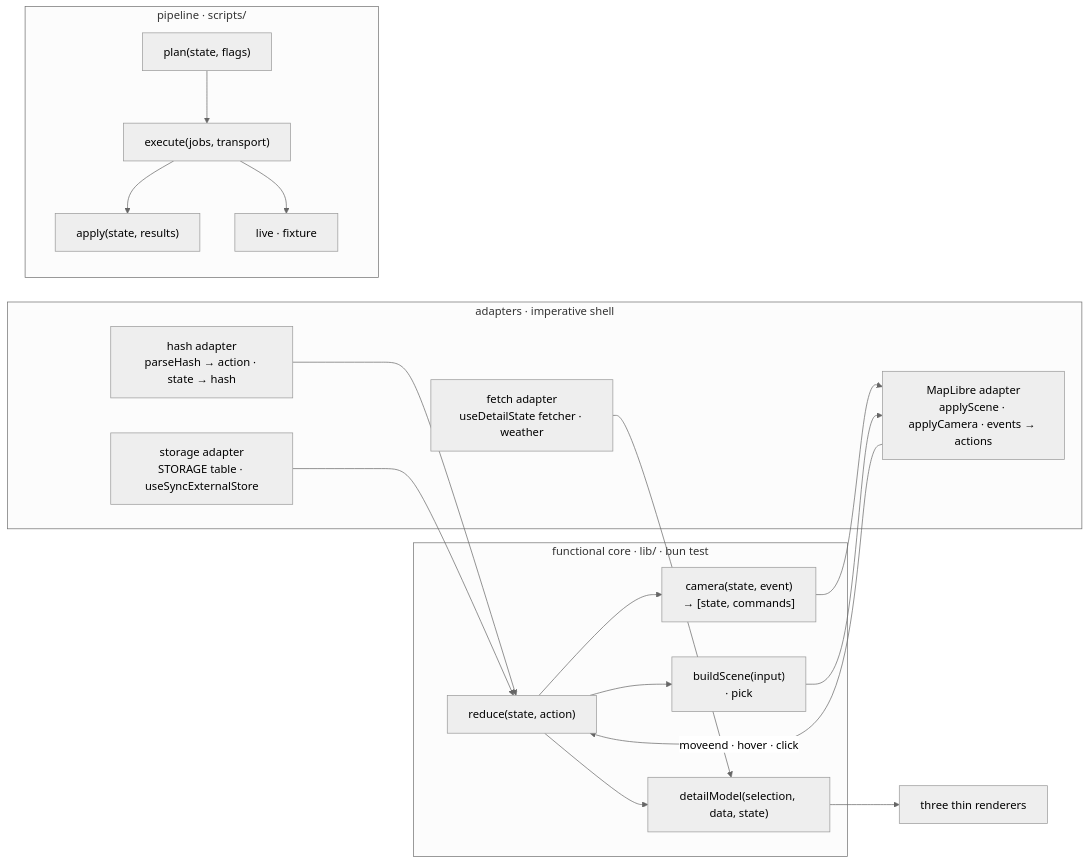
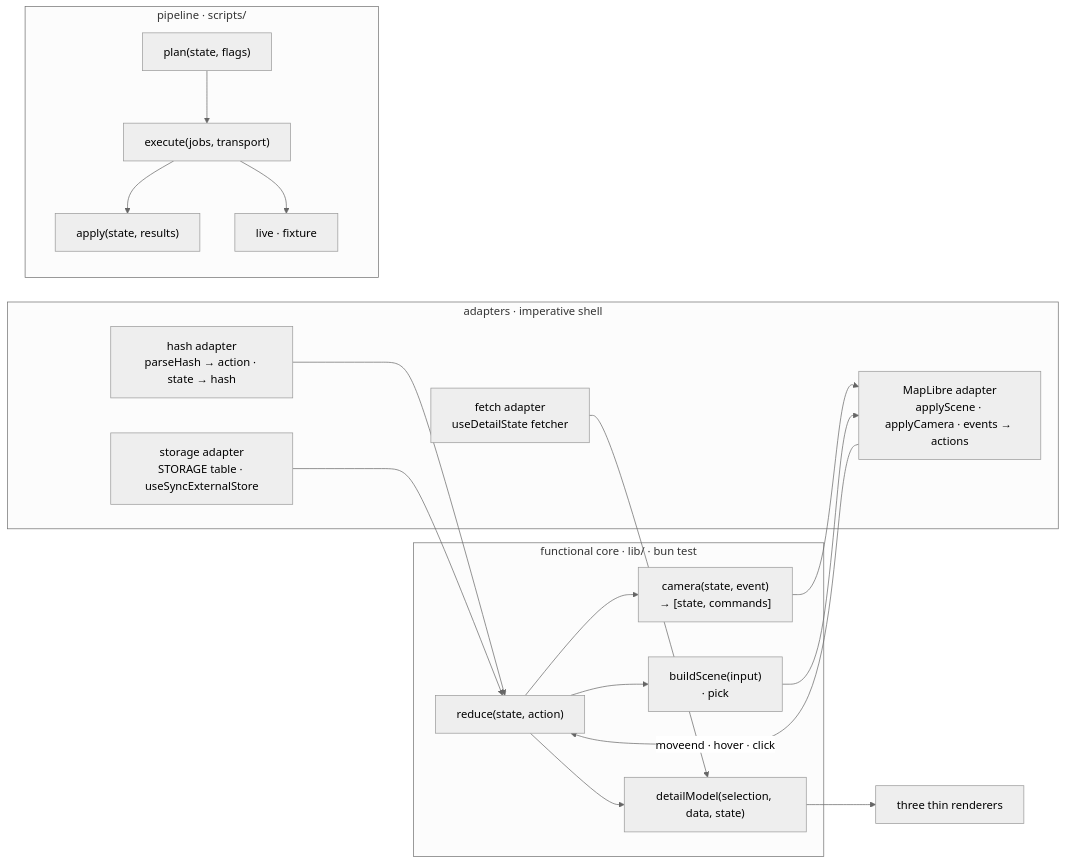
The first of 2 diagrams in docs/architecture.md (mdugue/alpen), drawn with Mermaid (neutral theme) before and after one commit. The commit also changed other lines of this file and 248 other files, not shown here.

````diff
--- a/docs/architecture.md
+++ b/docs/architecture.md
@@ -19,29 +19,29 @@
 ```mermaid
 flowchart LR
   subgraph ADAPT["adapters · imperative shell"]
     HA["hash adapter<br/>parseHash → action · state → hash"]
     SA["storage adapter<br/>STORAGE table · useSyncExternalStore"]
     MA["MapLibre adapter<br/>applyScene · applyCamera · events → actions"]
-    FA["fetch adapter<br/>useDetailState fetcher · weather"]
+    FA["fetch adapter<br/>useDetailState fetcher"]
   end
   subgraph CORE["functional core · lib/ · bun test"]
     R["reduce(state, action)"]
     C["camera(state, event)<br/>→ [state, commands]"]
     S["buildScene(input)<br/>· pick"]
     D["detailModel(selection, data, state)"]
   end
   HA --> R
   SA --> R
   R --> C
   R --> S
   R --> D
   C --> MA
   S --> MA
   MA -- "moveend · hover · click" --> R
   FA --> D
   D --> V["three thin renderers"]
   subgraph PIPE["pipeline · scripts/"]
     P["plan(state, flags)"] --> X["execute(jobs, transport)"] --> A["apply(state, results)"]
     X --> T["live · fixture"]
   end
 ```
````
